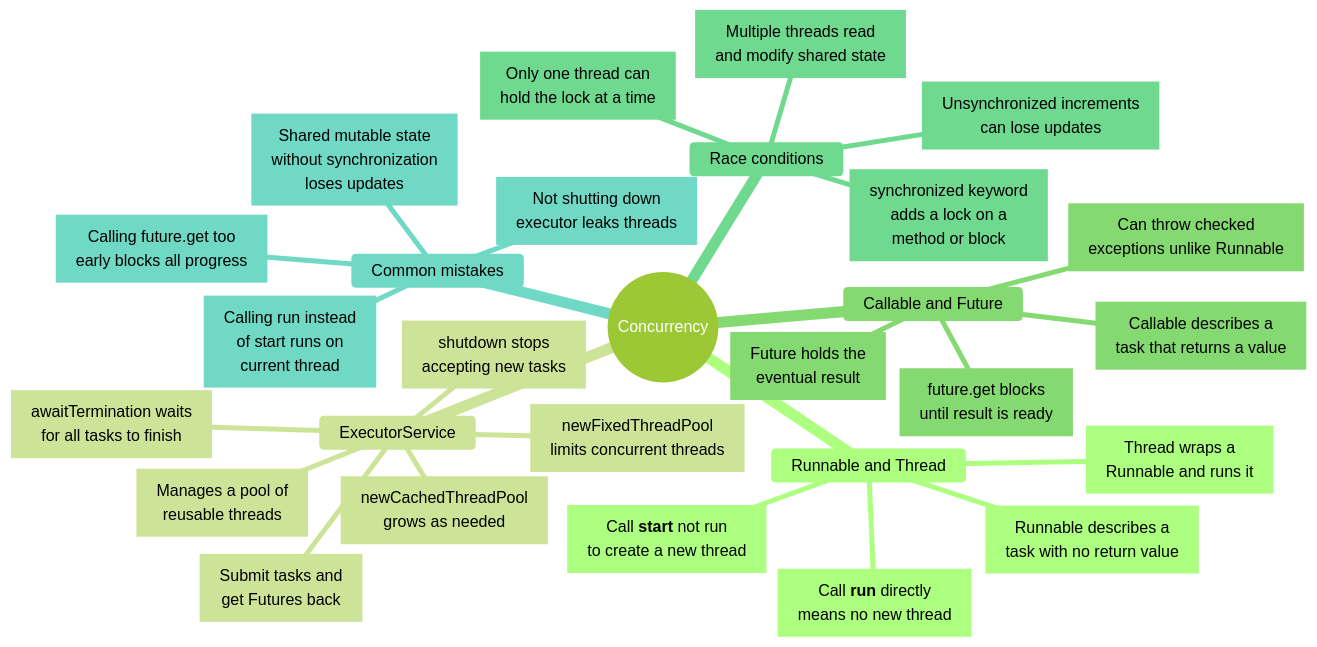
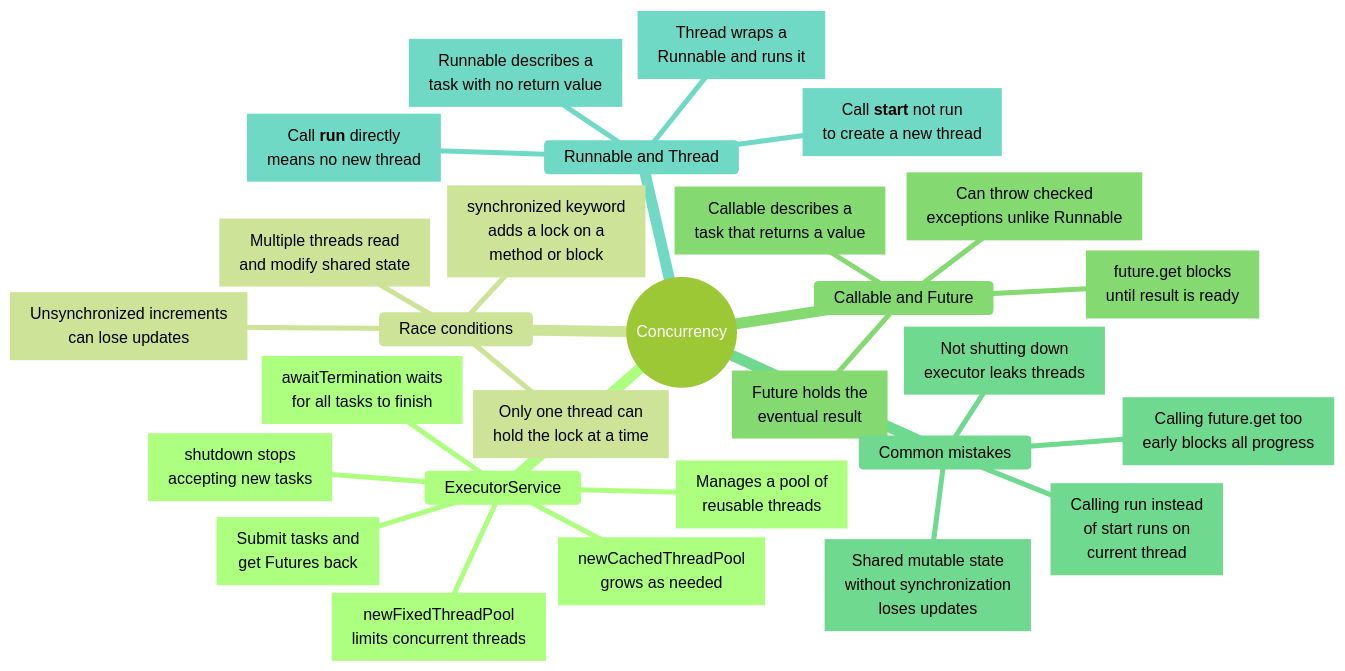
One commit to nmcguinness/L8-OOP-Module-Content changed the tenth of 13 diagrams in notes/shared/mind maps/revision_t10_t22.md. Above: the diagram before and after it, drawn with Mermaid. The commit also changed other lines of this file and 4 other files, not shown here.

Commit message:
fixed mindmap label truncation and added admonitions test

````diff
--- a/notes/shared/mind maps/revision_t10_t22.md
+++ b/notes/shared/mind maps/revision_t10_t22.md
@@ -1305,65 +1305,65 @@
 ```mermaid
 ---
 title: "Concurrency"
 accDescr: "Mind map of Concurrency. Branches: Runnable and Thread; ExecutorService; Callable and Future; Race conditions; Common mistakes."
 ---
 %%{init: { "theme": "forest", "markdownAutoWrap": false, "mindmap": { "maxNodeWidth": 300 } }}%%
 mindmap
   root((Concurrency))
-    Runnable and Thread
-      n1["`Runnable describes a
-      task with no return value`"]
-      n2["`Thread wraps a
-      Runnable and runs it`"]
-      n3["`Call **start** not run
-      to create a new thread`"]
-      n4["`Call **run** directly
-      means no new thread`"]
-
     ExecutorService
       n5["`Manages a pool of
       reusable threads`"]
       n6["`Submit tasks and
       get Futures back`"]
       n7["`shutdown stops
       accepting new tasks`"]
       n8["`awaitTermination waits
       for all tasks to finish`"]
       n9["`newFixedThreadPool
       limits concurrent threads`"]
       n10["`newCachedThreadPool
       grows as needed`"]
 
-    Callable and Future
-      n11["`Callable describes a
-      task that returns a value`"]
-      n12["`Can throw checked
-      exceptions unlike Runnable`"]
-      n13["`Future holds the
-      eventual result`"]
-      n14["`future.get blocks
-      until result is ready`"]
-
     Race conditions
       n15["`Multiple threads read
       and modify shared state`"]
       n16["`Unsynchronized increments
       can lose updates`"]
       n17["`synchronized keyword
       adds a lock on a
       method or block`"]
       n18["`Only one thread can
       hold the lock at a time`"]
+
+    Callable and Future
+      n11["`Callable describes a
+      task that returns a value`"]
+      n12["`Can throw checked
+      exceptions unlike Runnable`"]
+      n13["`Future holds the
+      eventual result`"]
+      n14["`future.get blocks
+      until result is ready`"]
 
     Common mistakes
       n19["`Calling run instead
       of start runs on
       current thread`"]
       n20["`Not shutting down
       executor leaks threads`"]
       n21["`Shared mutable state
       without synchronization
       loses updates`"]
       n22["`Calling future.get too
       early blocks all progress`"]
+
+    Runnable and Thread
+      n1["`Runnable describes a
+      task with no return value`"]
+      n2["`Thread wraps a
+      Runnable and runs it`"]
+      n3["`Call **start** not run
+      to create a new thread`"]
+      n4["`Call **run** directly
+      means no new thread`"]
 ```
````
